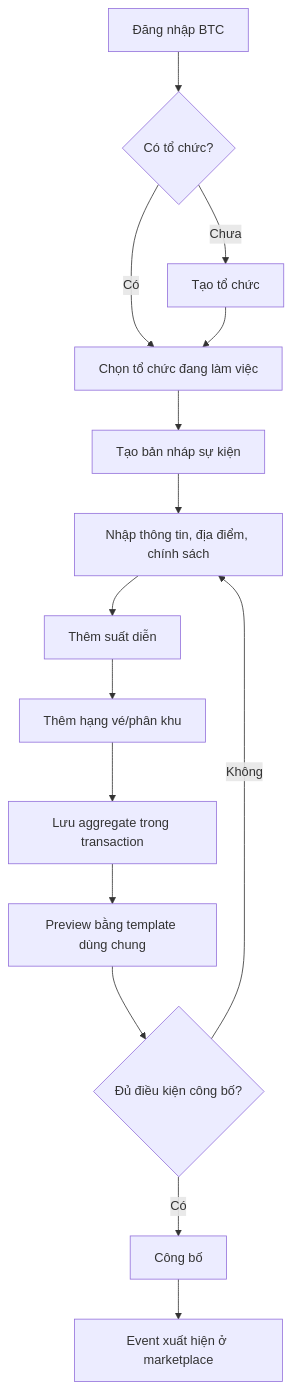
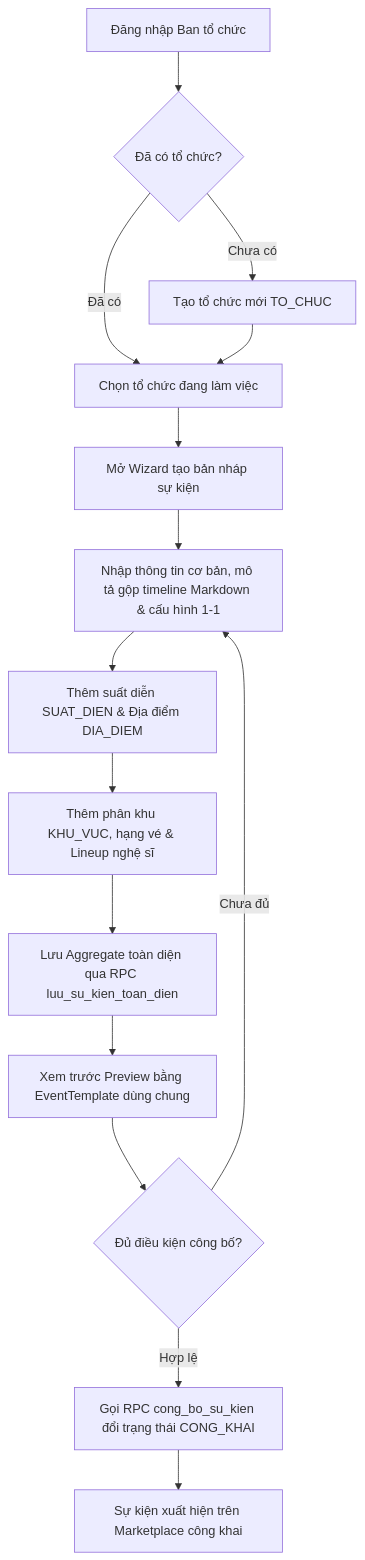
The second of 11 diagrams in docs/sprint1-deliverables/02_ANALYSIS_AND_SYSTEM_DESIGN.md (minhdc2011/EVENTTICKETING), drawn with Mermaid before and after one commit. The commit also changed other lines of this file and 5 other files, not shown here.

First line of the commit message:
docs: enrich 14-table ERD with 3 relationship types, 3 notes, class diagram and 4-way traceability matrix

````diff
--- a/docs/sprint1-deliverables/02_ANALYSIS_AND_SYSTEM_DESIGN.md
+++ b/docs/sprint1-deliverables/02_ANALYSIS_AND_SYSTEM_DESIGN.md
@@ -23,17 +55,17 @@
 ```mermaid
 flowchart TD
-  A[Đăng nhập BTC] --> B{Có tổ chức?}
-  B -- Chưa --> C[Tạo tổ chức]
-  B -- Có --> D[Chọn tổ chức đang làm việc]
+  A[Đăng nhập Ban tổ chức] --> B{Đã có tổ chức?}
+  B -- Chưa có --> C[Tạo tổ chức mới TO_CHUC]
+  B -- Đã có --> D[Chọn tổ chức đang làm việc]
   C --> D
-  D --> E[Tạo bản nháp sự kiện]
-  E --> F[Nhập thông tin, địa điểm, chính sách]
-  F --> G[Thêm suất diễn]
-  G --> H[Thêm hạng vé/phân khu]
-  H --> I[Lưu aggregate trong transaction]
-  I --> J[Preview bằng template dùng chung]
+  D --> E[Mở Wizard tạo bản nháp sự kiện]
+  E --> F[Nhập thông tin cơ bản, mô tả gộp timeline Markdown & cấu hình 1-1]
+  F --> G[Thêm suất diễn SUAT_DIEN & Địa điểm DIA_DIEM]
+  G --> H[Thêm phân khu KHU_VUC, hạng vé & Lineup nghệ sĩ]
+  H --> I[Lưu Aggregate toàn diện qua RPC luu_su_kien_toan_dien]
+  I --> J[Xem trước Preview bằng EventTemplate dùng chung]
   J --> K{Đủ điều kiện công bố?}
-  K -- Không --> F
-  K -- Có --> L[Công bố]
-  L --> M[Event xuất hiện ở marketplace]
+  K -- Chưa đủ --> F
+  K -- Hợp lệ --> L[Gọi RPC cong_bo_su_kien đổi trạng thái CONG_KHAI]
+  L --> M[Sự kiện xuất hiện trên Marketplace công khai]
 ```
````
